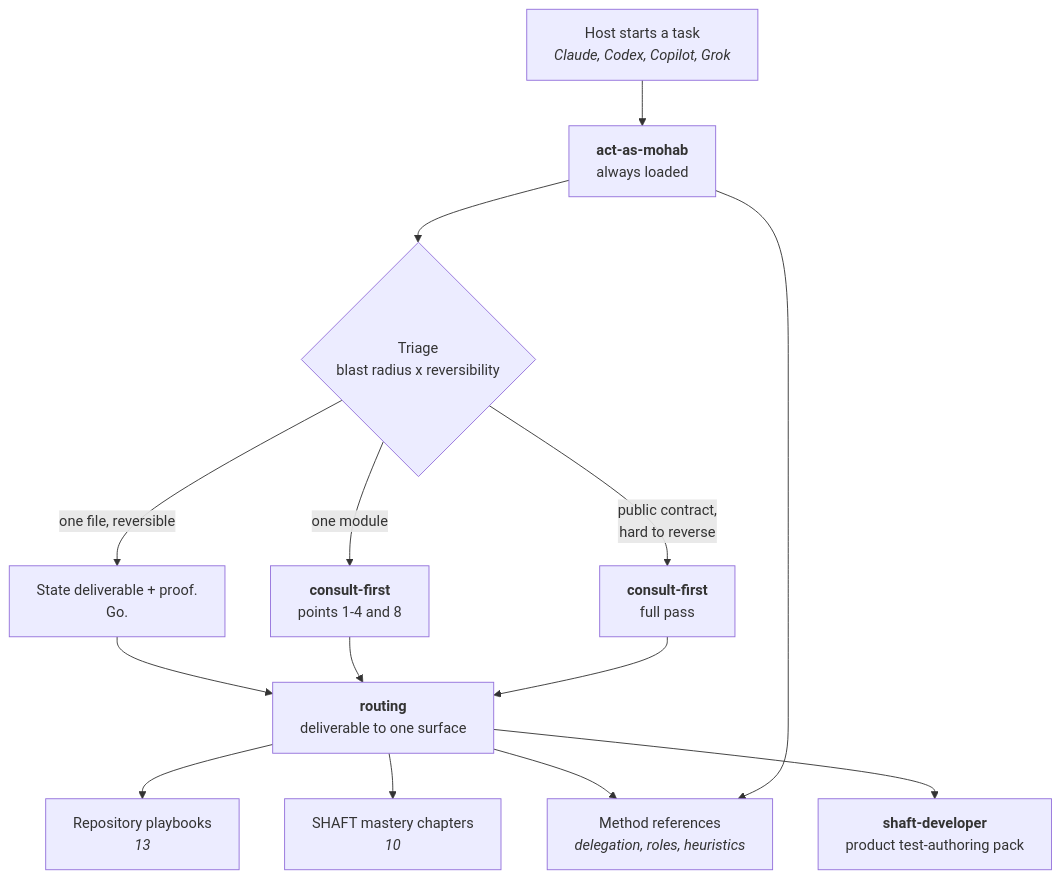
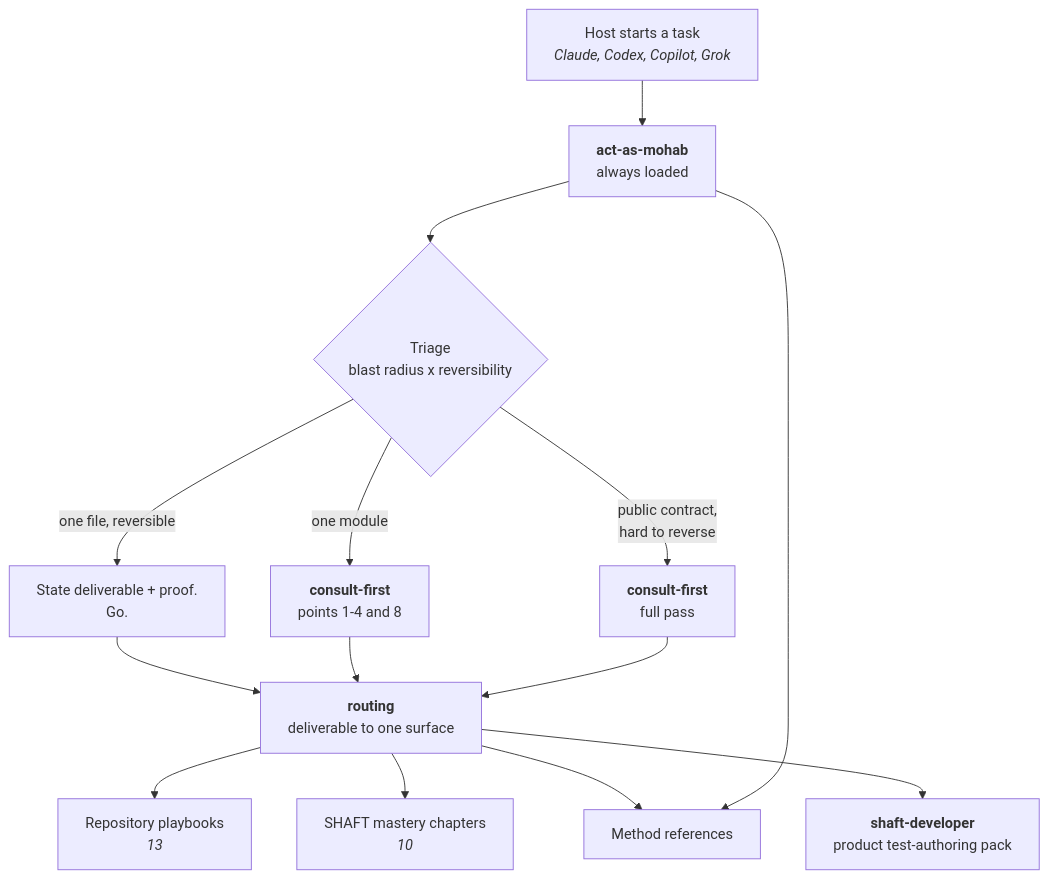
The first of 4 diagrams in .agents/skills/README.md (ShaftHQ/SHAFT_ENGINE), drawn with Mermaid before and after one commit. The commit also changed 3 other files, not shown here.

````diff
--- a/.agents/skills/README.md
+++ b/.agents/skills/README.md
@@ -20,22 +20,22 @@
 ```mermaid
 flowchart TD
     H["Host starts a task<br/><i>Claude, Codex, Copilot, Grok</i>"] --> E
 
     E["<b>act-as-mohab</b><br/>always loaded"]
     E --> T{"Triage<br/>blast radius x reversibility"}
 
     T -->|"one file, reversible"| GO["State deliverable + proof.<br/>Go."]
     T -->|"one module"| C["<b>consult-first</b><br/>points 1-4 and 8"]
     T -->|"public contract,<br/>hard to reverse"| CF["<b>consult-first</b><br/>full pass"]
 
     GO --> R
     C --> R
     CF --> R
 
     R["<b>routing</b><br/>deliverable to one surface"]
     R --> P["Repository playbooks<br/><i>13</i>"]
     R --> M["SHAFT mastery chapters<br/><i>10</i>"]
-    R --> D["Method references<br/><i>delegation, roles, heuristics</i>"]
+    R --> D["Method references"]
     E --> D
     R --> S["<b>shaft-developer</b><br/>product test-authoring pack"]
 ```
````
